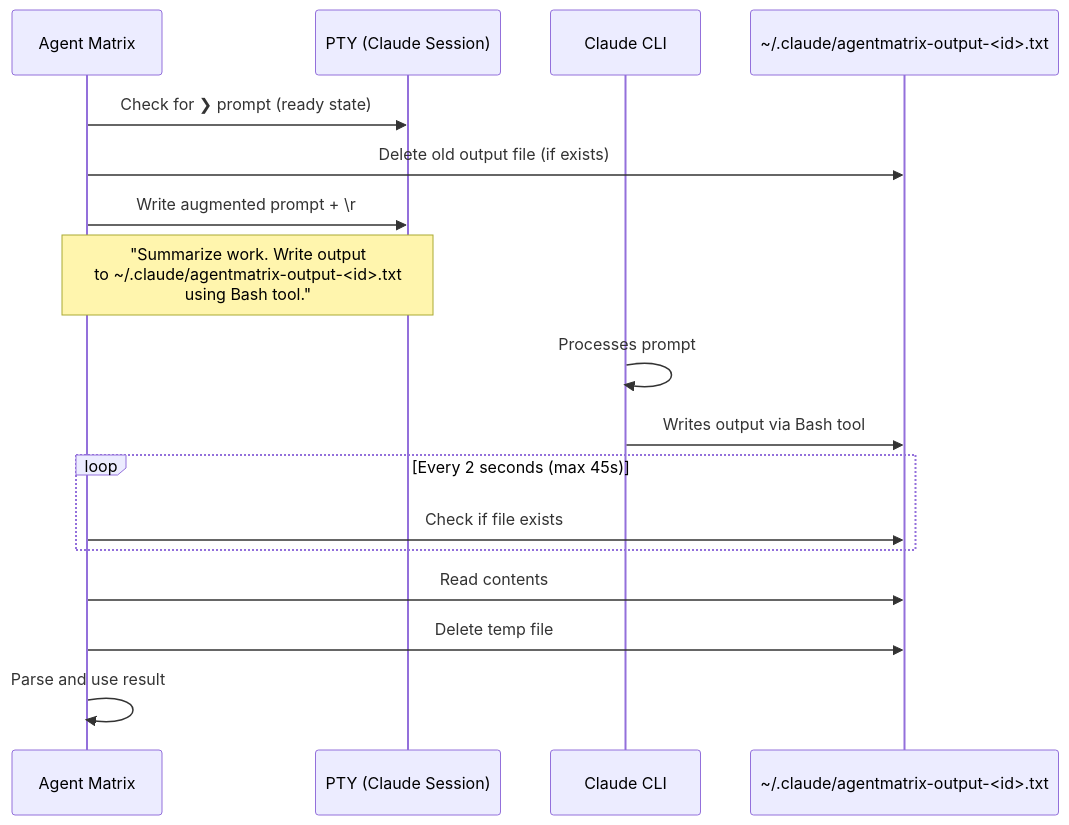
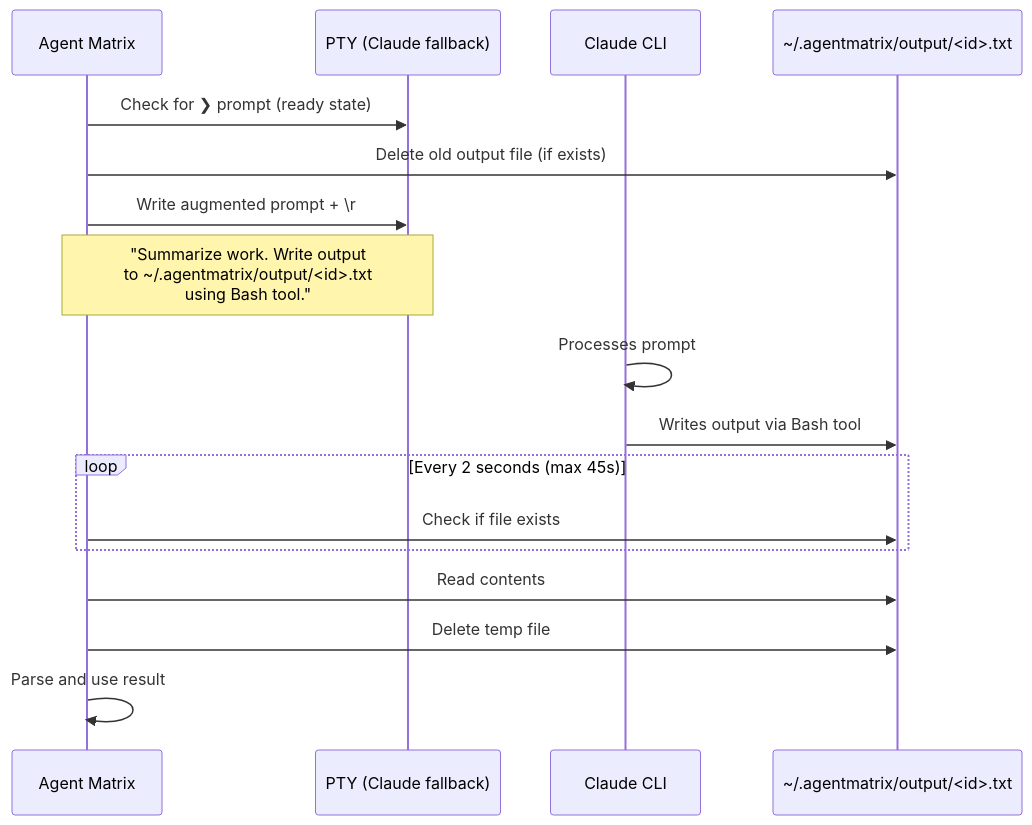
The fifth of 6 diagrams in docs/design/README.md (Nahom-Kefelegne/AgentMatrix), drawn with Mermaid before and after one commit. The commit also changed other lines of this file and 14 other files, not shown here.

````diff
--- a/docs/design/README.md
+++ b/docs/design/README.md
@@ -251,23 +250,23 @@
 ```mermaid
 sequenceDiagram
     participant App as Agent Matrix
-    participant PTY as PTY (Claude Session)
+    participant PTY as PTY (Claude fallback)
     participant Claude as Claude CLI
-    participant File as ~/.claude/agentmatrix-output-<id>.txt
+    participant File as ~/.agentmatrix/output/<id>.txt
 
     App->>PTY: Check for ❯ prompt (ready state)
     App->>File: Delete old output file (if exists)
     App->>PTY: Write augmented prompt + \r
-    Note over App,PTY: "Summarize work. Write output<br/>to ~/.claude/agentmatrix-output-<id>.txt<br/>using Bash tool."
+    Note over App,PTY: "Summarize work. Write output<br/>to ~/.agentmatrix/output/<id>.txt<br/>using Bash tool."
 
     Claude->>Claude: Processes prompt
     Claude->>File: Writes output via Bash tool
 
     loop Every 2 seconds (max 45s)
         App->>File: Check if file exists
     end
 
     App->>File: Read contents
     App->>File: Delete temp file
     App->>App: Parse and use result
 ```
````
